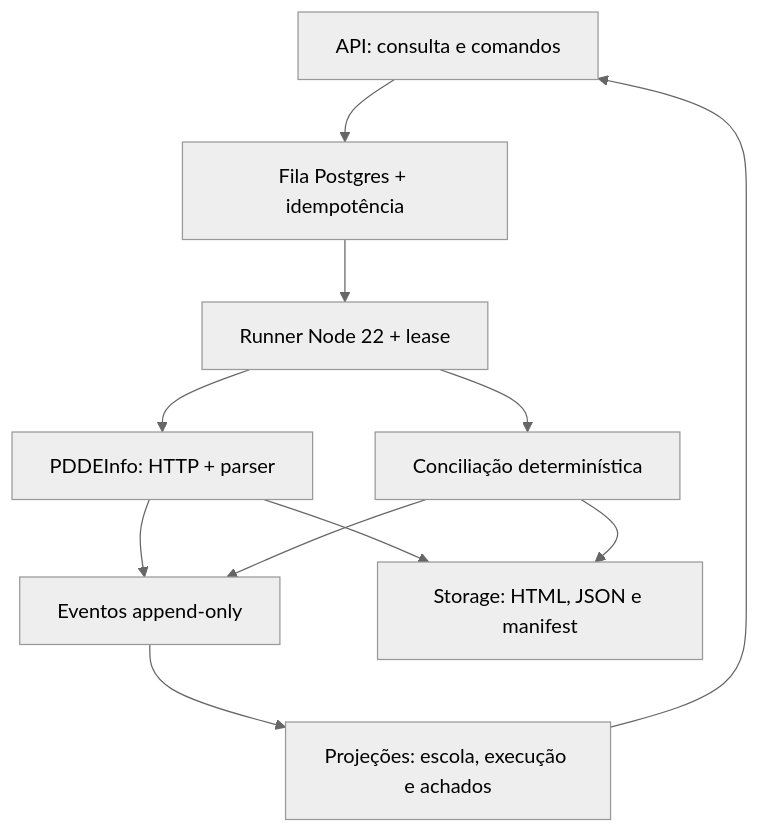
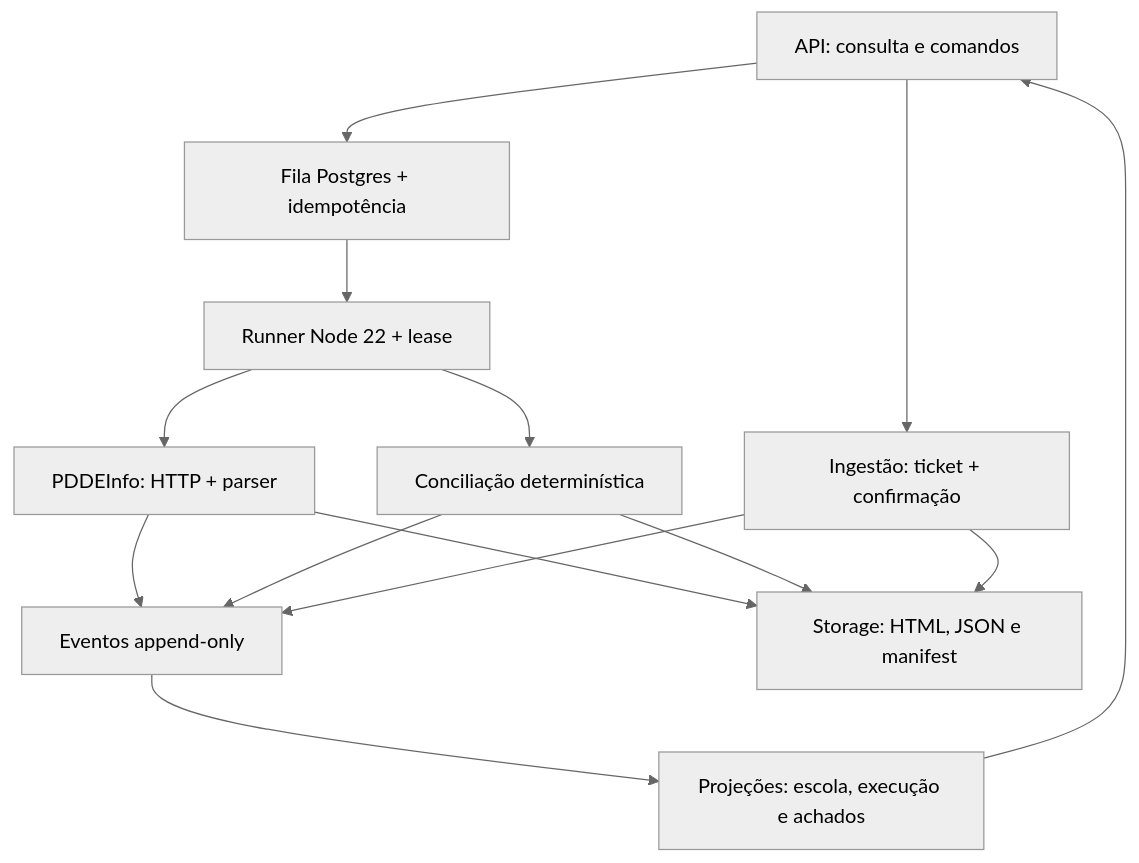
One commit to WilsonMPeixoto-2/pdde-repasse-conciliador changed the diagram in docs/ARCHITECTURE.md. Above: the diagram before and after it, drawn with Mermaid (neutral theme). The commit also changed other lines of this file and 15 other files, not shown here.

````diff
--- a/docs/ARCHITECTURE.md
+++ b/docs/ARCHITECTURE.md
@@ -18,13 +18,16 @@
 ```mermaid
 flowchart TD
     API["API: consulta e comandos"] --> Queue["Fila Postgres + idempotência"]
+    API --> Intake["Ingestão: ticket + confirmação"]
     Queue --> Runner["Runner Node 22 + lease"]
     Runner --> Collect["PDDEInfo: HTTP + parser"]
     Runner --> Reconcile["Conciliação determinística"]
     Collect --> Evidence["Eventos append-only"]
     Reconcile --> Evidence
     Collect --> Storage["Storage: HTML, JSON e manifest"]
     Reconcile --> Storage
+    Intake --> Storage
+    Intake --> Evidence
     Evidence --> Read["Projeções: escola, execução e achados"]
     Read --> API
 ```
````
